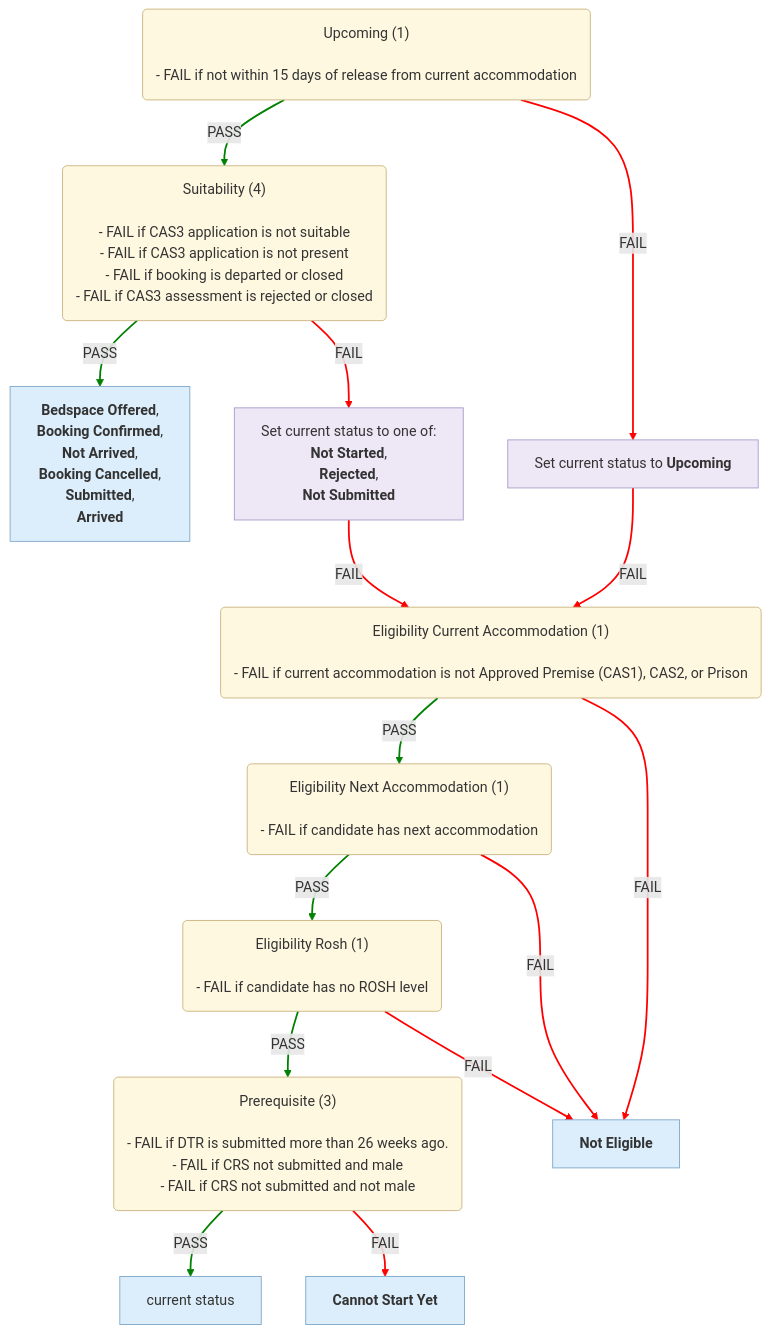
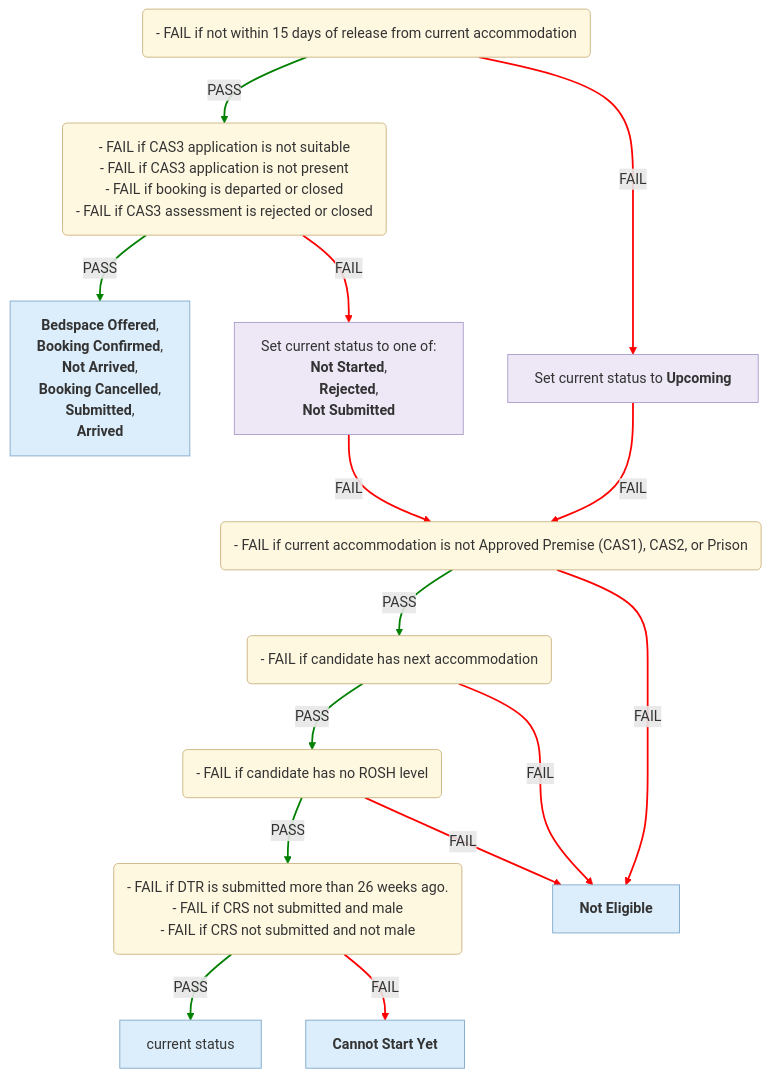
The third of 6 diagrams in docs/eligibility-rules-graph.md (uk-gov-mirror/ministryofjustice.hmpps-single-accommodation-service-api), drawn with Mermaid before and after one commit. The commit also changed other lines of this file, not shown here.

Commit message:
chore/SAS-1532-Use-UI-statuses-in-graph-instead-of-enums

````diff
--- a/docs/eligibility-rules-graph.md
+++ b/docs/eligibility-rules-graph.md
@@ -308,63 +284,51 @@
 ```mermaid
 %%{init: {"flowchart": {"wrappingWidth": 800}}}%%
 flowchart TD
-  Upcoming("Upcoming (1)
-
-- FAIL if not within 15 days of release from current accommodation")
-  Suitability("Suitability (4)
-
-- FAIL if CAS3 application is not suitable
+  Upcoming("- FAIL if not within 15 days of release from current accommodation")
+  Suitability("- FAIL if CAS3 application is not suitable
 - FAIL if CAS3 application is not present
 - FAIL if booking is departed or closed
 - FAIL if CAS3 assessment is rejected or closed")
   updater_Bedspace_Offered___Booking_Confirmed___Not_Arrived___Booking_Cancelled___Submitted___Arrived["<b>Bedspace Offered</b>,
  <b>Booking Confirmed</b>,
  <b>Not Arrived</b>,
  <b>Booking Cancelled</b>,
  <b>Submitted</b>,
  <b>Arrived</b>"]
   updater_Set_current_status_to_one_of__Not_Started___Rejected___Not_Submitted["Set current status to one of:
 <b>Not Started</b>,
  <b>Rejected</b>,
  <b>Not Submitted</b>"]
-  Eligibility_Current_Accommodation("Eligibility Current Accommodation (1)
-
-- FAIL if current accommodation is not Approved Premise (CAS1), CAS2, or Prison")
-  Eligibility_Next_Accommodation("Eligibility Next Accommodation (1)
-
-- FAIL if candidate has next accommodation")
-  Eligibility_Rosh("Eligibility Rosh (1)
-
-- FAIL if candidate has no ROSH level")
-  Prerequisite("Prerequisite (3)
-
-- FAIL if DTR is submitted more than 26 weeks ago.
+  Eligibility_Current_Accommodation("- FAIL if current accommodation is not Approved Premise (CAS1), CAS2, or Prison")
+  Eligibility_Next_Accommodation("- FAIL if candidate has next accommodation")
+  Eligibility_Rosh("- FAIL if candidate has no ROSH level")
+  Prerequisite("- FAIL if DTR is submitted more than 26 weeks ago.
 - FAIL if CRS not submitted and male
 - FAIL if CRS not submitted and not male")
   current_status["current status"]
   updater_Cannot_Start_Yet["<b>Cannot Start Yet</b>"]
   Not_Eligible["<b>Not Eligible</b>"]
   updater_Set_current_status_to_Upcoming["Set current status to <b>Upcoming</b>"]
   Suitability -->|PASS| updater_Bedspace_Offered___Booking_Confirmed___Not_Arrived___Booking_Cancelled___Submitted___Arrived
   Suitability -->|FAIL| updater_Set_current_status_to_one_of__Not_Started___Rejected___Not_Submitted
   Prerequisite -->|PASS| current_status
   Prerequisite -->|FAIL| updater_Cannot_Start_Yet
   Eligibility_Rosh -->|PASS| Prerequisite
   Eligibility_Rosh -->|FAIL| Not_Eligible
   Eligibility_Next_Accommodation -->|PASS| Eligibility_Rosh
   Eligibility_Next_Accommodation -->|FAIL| Not_Eligible
   Eligibility_Current_Accommodation -->|PASS| Eligibility_Next_Accommodation
   Eligibility_Current_Accommodation -->|FAIL| Not_Eligible
   updater_Set_current_status_to_one_of__Not_Started___Rejected___Not_Submitted -->|FAIL| Eligibility_Current_Accommodation
   Upcoming -->|PASS| Suitability
   Upcoming -->|FAIL| updater_Set_current_status_to_Upcoming
   updater_Set_current_status_to_Upcoming -->|FAIL| Eligibility_Current_Accommodation
   linkStyle 0,2,4,6,8,11 stroke:green,stroke-width:2px
   linkStyle 1,3,5,7,9,10,12,13 stroke:red,stroke-width:2px
   classDef ruleSetNode fill:#FFF8E1,stroke:#C9B37E,color:#333
   classDef outcomeNode fill:#DCEEFB,stroke:#7FA7C9,color:#333
   classDef updaterNode fill:#EDE7F6,stroke:#A99BC9,color:#333
   class Upcoming,Suitability,Eligibility_Current_Accommodation,Eligibility_Next_Accommodation,Eligibility_Rosh,Prerequisite ruleSetNode
   class updater_Bedspace_Offered___Booking_Confirmed___Not_Arrived___Booking_Cancelled___Submitted___Arrived,current_status,updater_Cannot_Start_Yet,Not_Eligible outcomeNode
   class updater_Set_current_status_to_one_of__Not_Started___Rejected___Not_Submitted,updater_Set_current_status_to_Upcoming updaterNode
 ```
````
